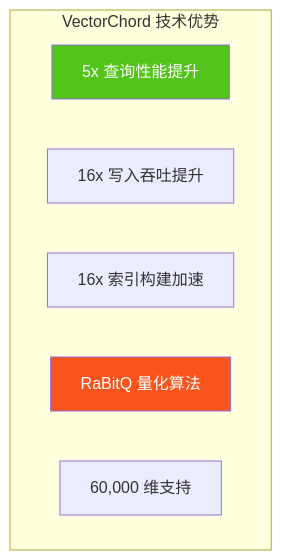
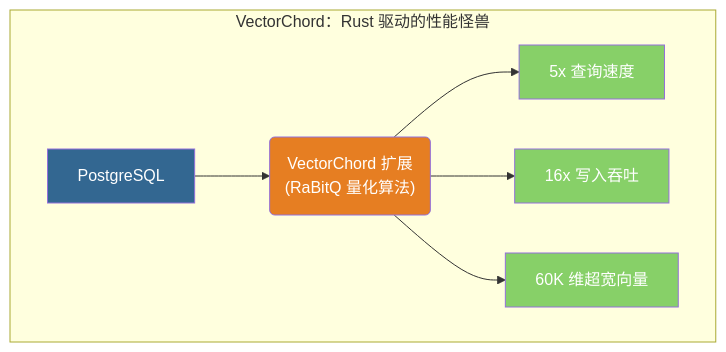
The second of 14 diagrams in docs/research/005-vector-databases.md (ThreeFish-AI/agentic-ai-cognizes), drawn with Mermaid before and after one commit. The commit also changed other lines of this file, not shown here.

First line of the commit message:
docs(Research): 重构向量数据库 VectorChord 与 Milvus 章节内容;

````diff
--- a/docs/research/005-vector-databases.md
+++ b/docs/research/005-vector-databases.md
@@ -251,13 +256,14 @@
 ```mermaid
-graph TB
-    subgraph "VectorChord 技术优势"
-        A[5x 查询性能提升]
-        B[16x 写入吞吐提升]
-        C[16x 索引构建加速]
-        D[RaBitQ 量化算法]
-        E[60,000 维支持]
+graph LR
+    subgraph "VectorChord：Rust 驱动的性能怪兽"
+        direction LR
+        A[PostgreSQL]:::pg --> B("VectorChord 扩展<br/>(RaBitQ 量化算法)"):::vc
+        B --> C[5x 查询速度]:::feat
+        B --> D[16x 写入吞吐]:::feat
+        B --> E[60K 维超宽向量]:::feat
     end
 
-    style A fill:#52c41a,color:#fff
-    style D fill:#fa541c,color:#fff
+    classDef pg fill:#336791,color:#fff
+    classDef vc fill:#e67e22,color:#fff
+    classDef feat fill:#87d068,color:#fff
 ```
````
